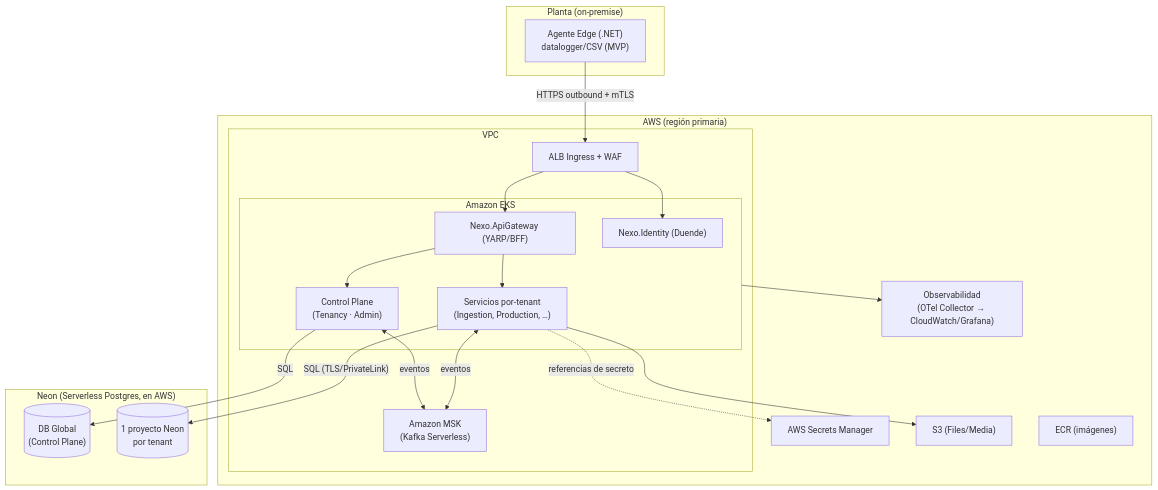
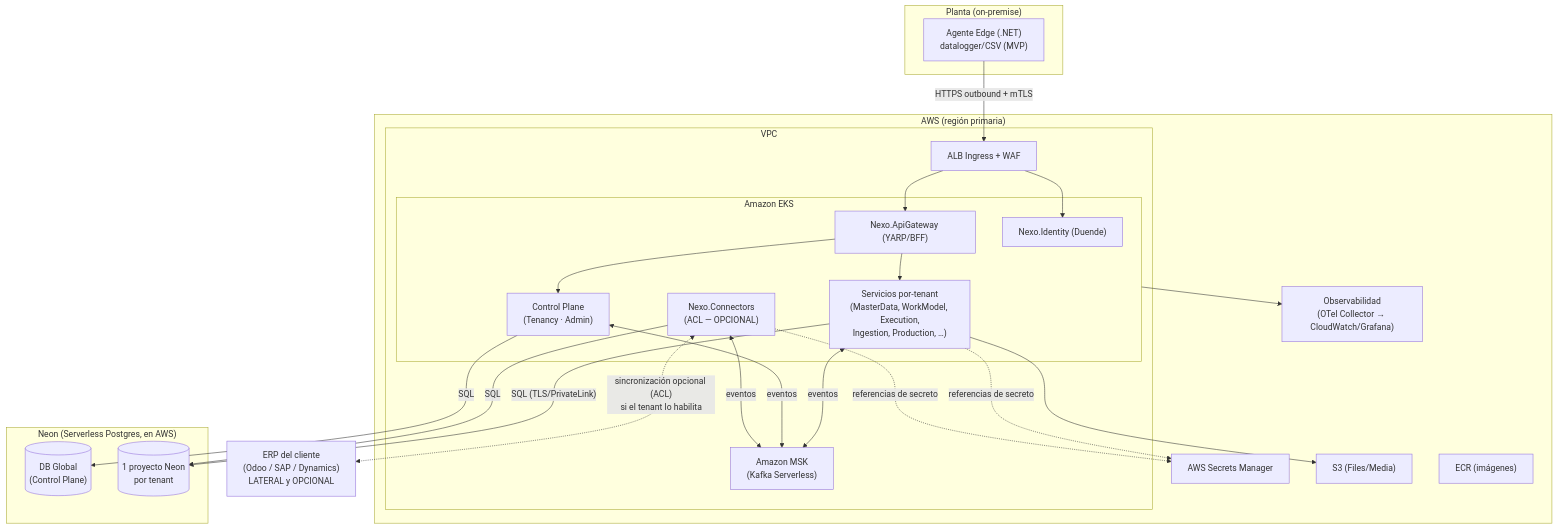
One commit to buttiepedro/mes changed the second of 2 diagrams in docs/design/00-tech-baseline.md. Above: the diagram before and after it, drawn with Mermaid. The commit also changed other lines of this file and 17 other files, not shown here.

````diff
--- a/docs/design/00-tech-baseline.md
+++ b/docs/design/00-tech-baseline.md
@@ -93,40 +173,47 @@
 ```mermaid
 flowchart TB
     subgraph Edge["Planta (on-premise)"]
         AG["Agente Edge (.NET)\ndatalogger/CSV (MVP)"]
     end
 
     subgraph AWS["AWS (región primaria)"]
         subgraph Net["VPC"]
             ALB["ALB Ingress + WAF"]
             subgraph EKS["Amazon EKS"]
                 GW["Nexo.ApiGateway (YARP/BFF)"]
                 IDP["Nexo.Identity (Duende)"]
                 CP["Control Plane\n(Tenancy · Admin)"]
-                SVC["Servicios por-tenant\n(Ingestion, Production, …)"]
+                SVC["Servicios por-tenant\n(MasterData, WorkModel, Execution,\nIngestion, Production, …)"]
+                CONN["Nexo.Connectors\n(ACL — OPCIONAL)"]
             end
             MSK["Amazon MSK\n(Kafka Serverless)"]
         end
         SM["AWS Secrets Manager"]
         S3["S3 (Files/Media)"]
         ECR["ECR (imágenes)"]
         OBS["Observabilidad\n(OTel Collector → CloudWatch/Grafana)"]
     end
 
     subgraph NeonCloud["Neon (Serverless Postgres, en AWS)"]
         GDB[("DB Global\n(Control Plane)")]
         TDB[("1 proyecto Neon\npor tenant")]
     end
 
+    ERP["ERP del cliente\n(Odoo / SAP / Dynamics)\nLATERAL y OPCIONAL"]
+
     AG -->|"HTTPS outbound + mTLS"| ALB
     ALB --> GW --> SVC
     ALB --> IDP
     GW --> CP
     SVC <-->|"eventos"| MSK
     CP <-->|"eventos"| MSK
+    CONN <-->|"eventos"| MSK
     SVC -->|"SQL (TLS/PrivateLink)"| TDB
+    CONN -->|"SQL"| TDB
     CP -->|"SQL"| GDB
     SVC -.->|"referencias de secreto"| SM
+    CONN -.->|"referencias de secreto"| SM
     SVC --> S3
     EKS --> OBS
+    CONN <-.->|"sincronización opcional (ACL)\nsi el tenant lo habilita"| ERP
 ```
````
